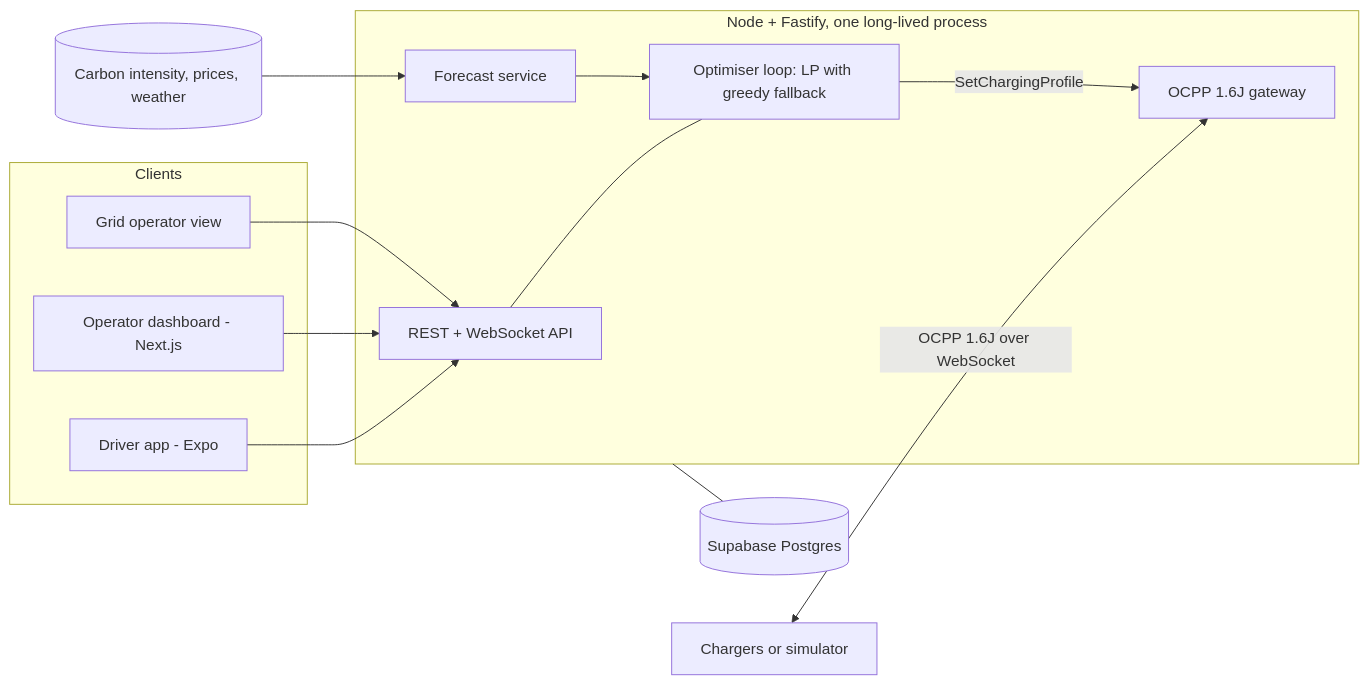
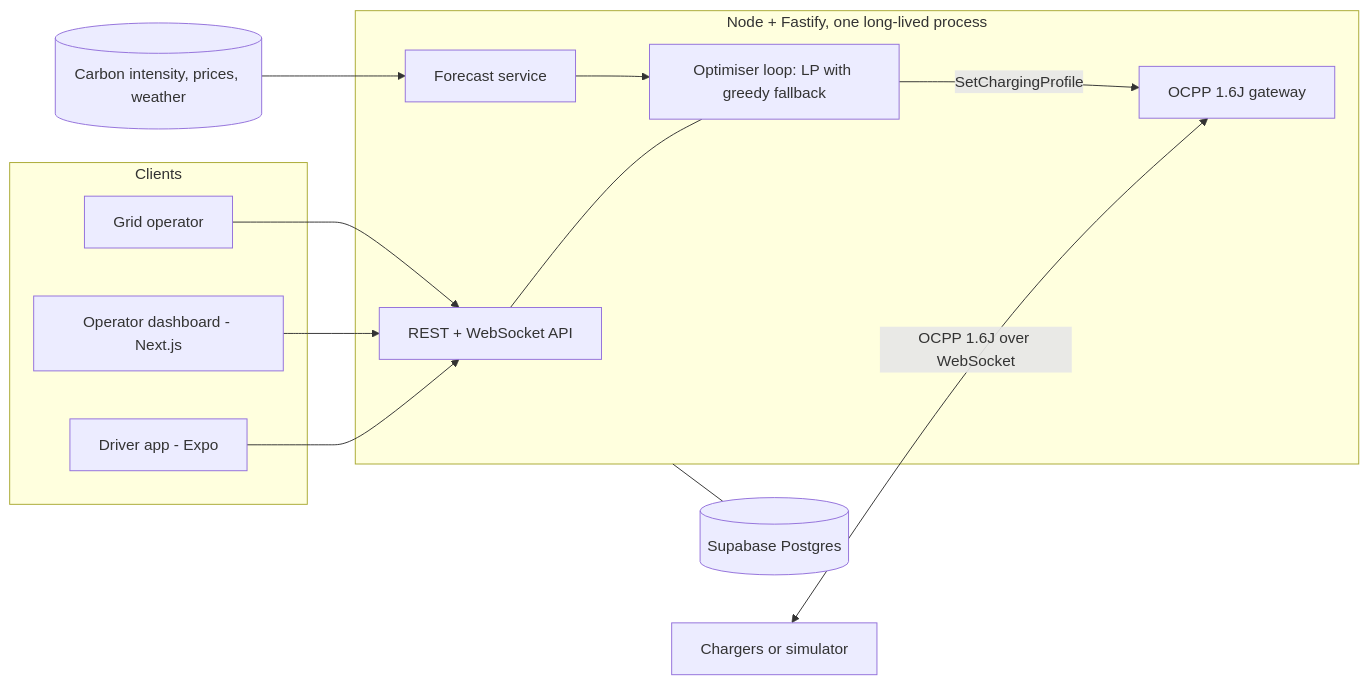
Before and after one commit to Meetshah1112/cleangrid-ev: the diagram in README.md, drawn with Mermaid. The commit also changed other lines of this file and 28 other files, not shown here.

````diff
--- a/README.md
+++ b/README.md
@@ -13,23 +31,23 @@
 ```mermaid
 flowchart LR
   subgraph Clients
     D[Driver app - Expo]
     O[Operator dashboard - Next.js]
-    G[Grid operator view]
+    G[Grid operator]
   end
   subgraph Server["Node + Fastify, one long-lived process"]
     API[REST + WebSocket API]
     OPT[Optimiser loop: LP with greedy fallback]
     GW[OCPP 1.6J gateway]
     FC[Forecast service]
   end
   CH[Chargers or simulator] <-->|OCPP 1.6J over WebSocket| GW
   D --> API
   O --> API
   G --> API
   API --- OPT
   OPT -->|SetChargingProfile| GW
   FC --> OPT
   EXT[(Carbon intensity, prices, weather)] --> FC
   Server --- DB[(Supabase Postgres)]
 ```
````
